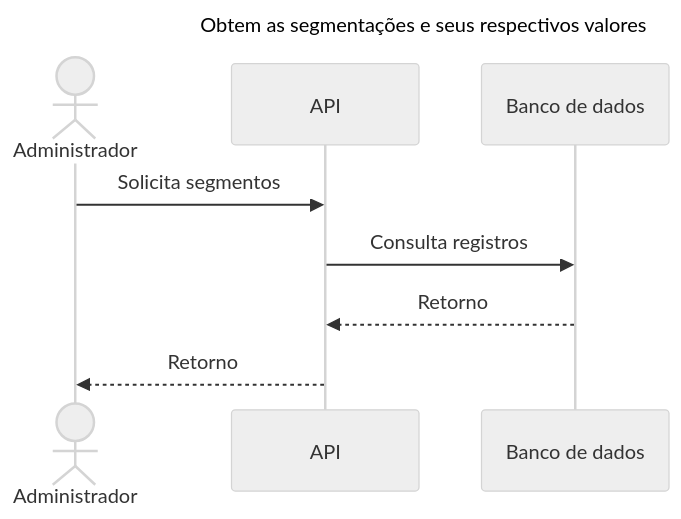
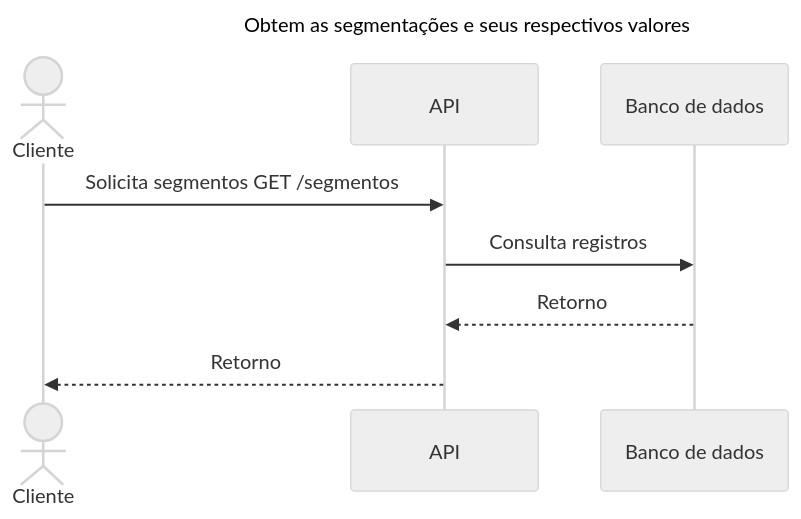
Before and after one commit to brgilsonsp/corrida_familia_piba: the diagram in designer/diagrams/features/get_segment.md, drawn with Mermaid (neutral theme). The commit also changed 9 other files, not shown here.

````diff
--- a/designer/diagrams/features/get_segment.md
+++ b/designer/diagrams/features/get_segment.md
@@ -1,13 +1,13 @@
 ```mermaid
 sequenceDiagram
     title Obtem as segmentações e seus respectivos valores
 
-    actor Admin as Administrador
+    actor Client as Cliente
     participant API as API
     participant DB as Banco de dados
 
-    Admin->>API: Solicita segmentos
+    Client->>API: Solicita segmentos GET /segmentos
     API->>DB: Consulta registros
     DB-->>API: Retorno
-    API-->>Admin: Retorno
+    API-->>Client: Retorno
 ```
````
